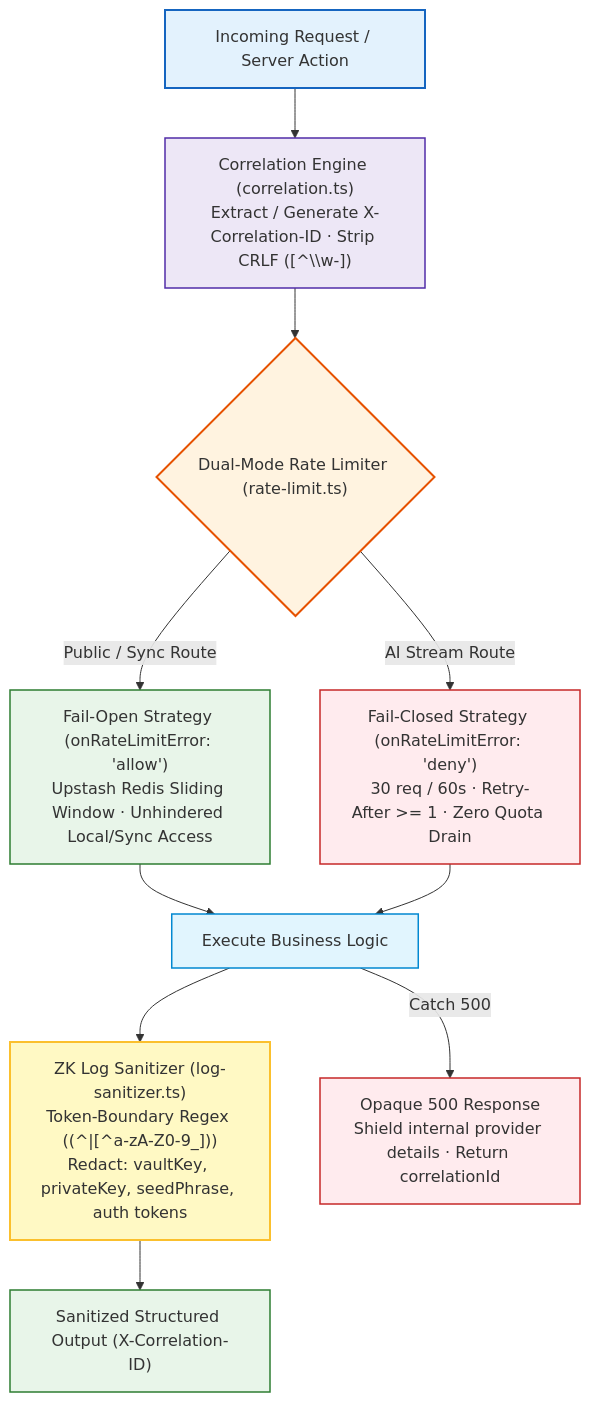
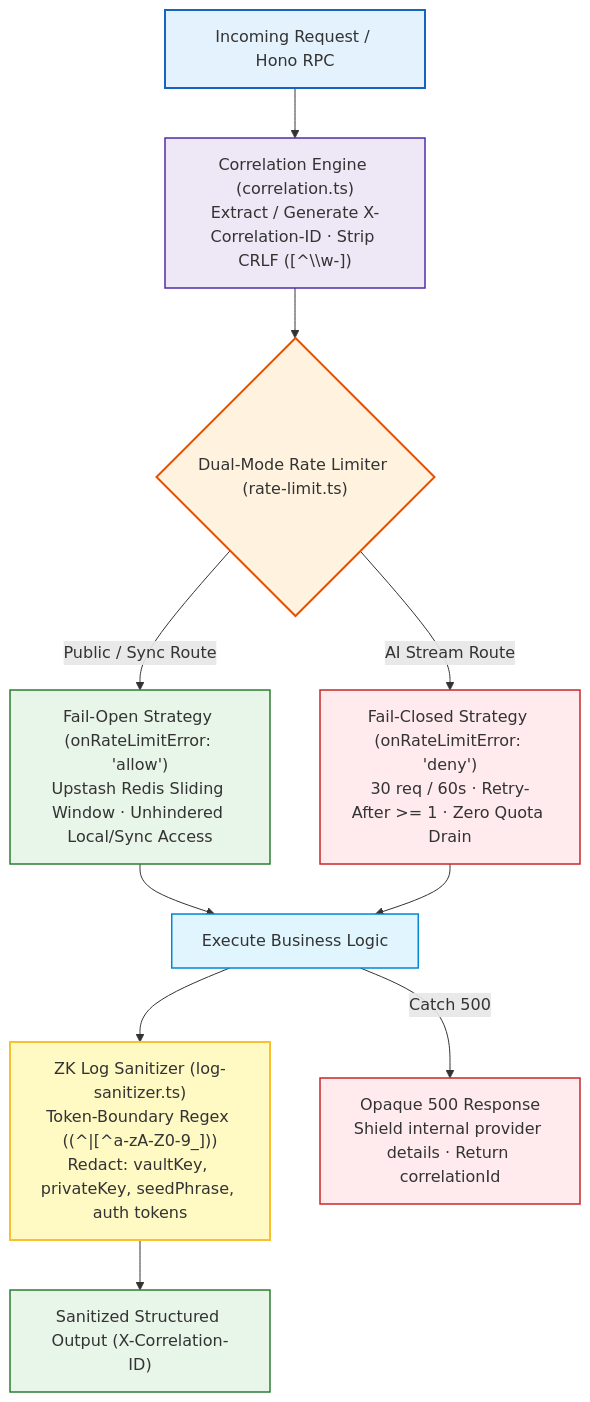
Before and after one commit to Abdullah931-stack/ELIXENT: the fifth of 10 diagrams in README.md, drawn with Mermaid. The commit also changed other lines of this file and 11 other files, not shown here.

````diff
--- a/README.md
+++ b/README.md
@@ -555,26 +555,26 @@
 ```mermaid
 flowchart TD
-    Req["Incoming Request / Server Action"] --> CID["Correlation Engine (correlation.ts)<br/>Extract / Generate X-Correlation-ID · Strip CRLF ([^\\w-])"]
+    Req["Incoming Request / Hono RPC"] --> CID["Correlation Engine (correlation.ts)<br/>Extract / Generate X-Correlation-ID · Strip CRLF ([^\\w-])"]
     CID --> Limiter{"Dual-Mode Rate Limiter (rate-limit.ts)"}
 
     Limiter -->|Public / Sync Route| R1["Fail-Open Strategy (onRateLimitError: 'allow')<br/>Upstash Redis Sliding Window · Unhindered Local/Sync Access"]
     Limiter -->|AI Stream Route| R2["Fail-Closed Strategy (onRateLimitError: 'deny')<br/>30 req / 60s · Retry-After >= 1 · Zero Quota Drain"]
 
     R1 --> ActionExec["Execute Business Logic"]
     R2 --> ActionExec
 
     ActionExec --> Sanitizer["ZK Log Sanitizer (log-sanitizer.ts)<br/>Token-Boundary Regex ((^|[^a-zA-Z0-9_]))<br/>Redact: vaultKey, privateKey, seedPhrase, auth tokens"]
     Sanitizer --> Telemetry["Sanitized Structured Output (X-Correlation-ID)"]
 
     ActionExec -->|Catch 500| SafeErr["Opaque 500 Response<br/>Shield internal provider details · Return correlationId"]
 
     style Req fill:#E3F2FD,stroke:#1565C0,stroke-width:2px
     style CID fill:#EDE7F6,stroke:#512DA8,stroke-width:1.5px
     style Limiter fill:#FFF3E0,stroke:#E65100,stroke-width:2px
     style R1 fill:#E8F5E9,stroke:#2E7D32,stroke-width:1.5px
     style R2 fill:#FFEBEE,stroke:#C62828,stroke-width:1.5px
     style ActionExec fill:#E1F5FE,stroke:#0288D1,stroke-width:1.5px
     style Sanitizer fill:#FFF9C4,stroke:#FBC02D,stroke-width:2px
     style Telemetry fill:#E8F5E9,stroke:#2E7D32,stroke-width:1.5px
     style SafeErr fill:#FFEBEE,stroke:#C62828,stroke-width:1.5px
 ```
````
